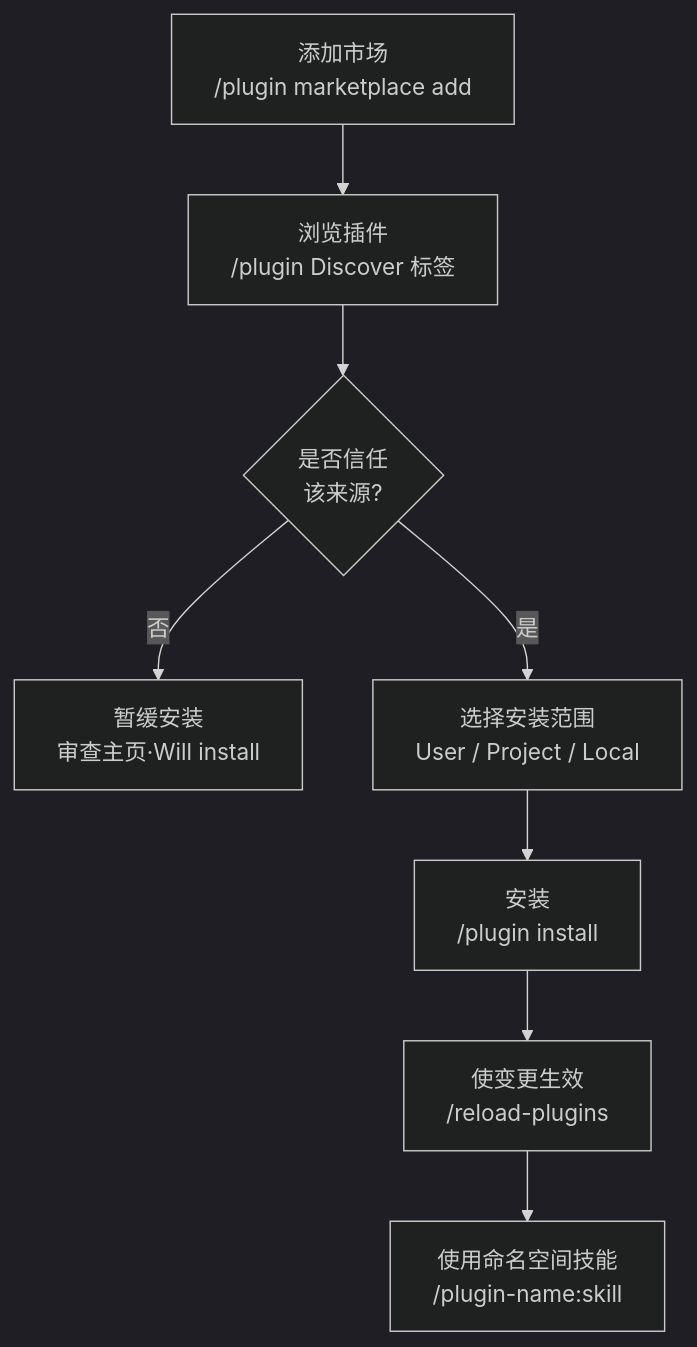
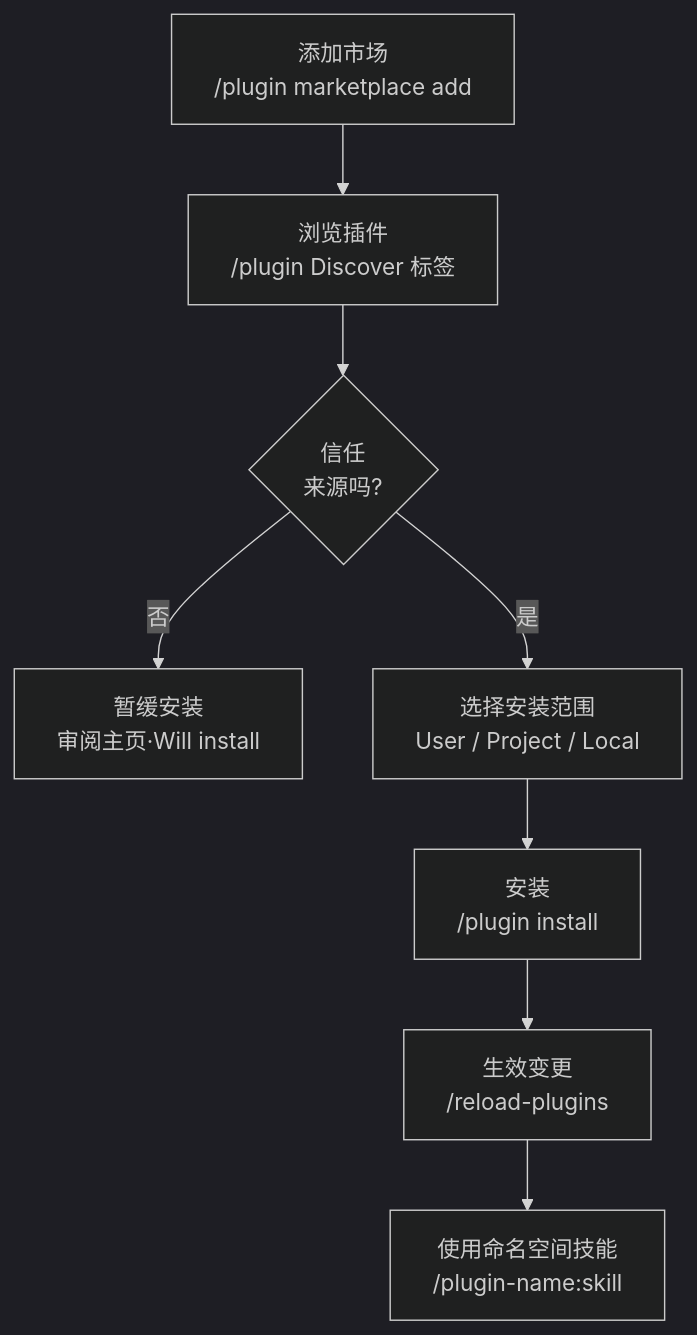
Before and after one commit to modu-ai/moai-adk: the diagram in docs-site/content/zh/claude-code/extensibility/plugins.md, drawn with Mermaid (dark theme). The commit also changed other lines of this file and 395 other files, not shown here.

````diff
--- a/docs-site/content/zh/claude-code/extensibility/plugins.md
+++ b/docs-site/content/zh/claude-code/extensibility/plugins.md
@@ -147,10 +147,10 @@
 ```mermaid
 flowchart TD
     A[添加市场<br>/plugin marketplace add] --> B[浏览插件<br>/plugin Discover 标签]
-    B --> C{是否信任<br>该来源?}
-    C -- 否 --> D[暂缓安装<br>审查主页·Will install]
+    B --> C{信任<br>来源吗?}
+    C -- 否 --> D[暂缓安装<br>审阅主页·Will install]
     C -- 是 --> E[选择安装范围<br>User / Project / Local]
     E --> F[安装<br>/plugin install]
-    F --> G[使变更生效<br>/reload-plugins]
+    F --> G[生效变更<br>/reload-plugins]
     G --> H[使用命名空间技能<br>/plugin-name:skill]
 ```
````
